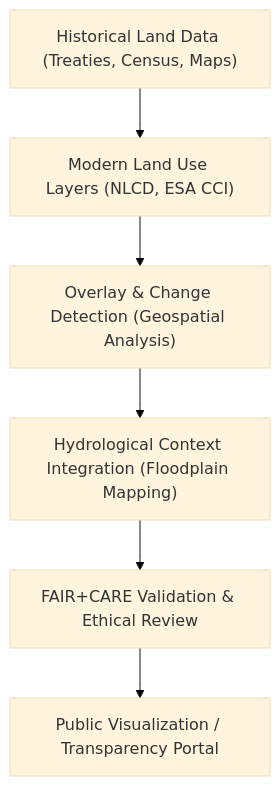
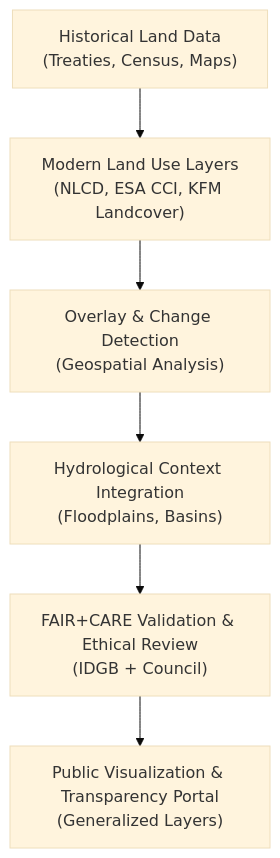
One commit to bartytime4life/Kansas-Frontier-Matrix changed the diagram in docs/analyses/cross-domain/landuse-historical-overlaps.md. Above: the diagram before and after it, drawn with Mermaid (base theme). The commit also changed other lines of this file, not shown here.

````diff
--- a/docs/analyses/cross-domain/landuse-historical-overlaps.md
+++ b/docs/analyses/cross-domain/landuse-historical-overlaps.md
@@ -153,8 +366,9 @@
-```mermaid
+~~~mermaid
 flowchart TD
-A["Historical Land Data (Treaties, Census, Maps)"] --> B["Modern Land Use Layers (NLCD, ESA CCI)"]
-B --> C["Overlay & Change Detection (Geospatial Analysis)"]
-C --> D["Hydrological Context Integration (Floodplain Mapping)"]
-D --> E["FAIR+CARE Validation & Ethical Review"]
-E --> F["Public Visualization / Transparency Portal"]
-```
+    A["Historical Land Data<br/>(Treaties, Census, Maps)"]
+      --> B["Modern Land Use Layers<br/>(NLCD, ESA CCI, KFM Landcover)"]
+    B --> C["Overlay & Change Detection<br/>(Geospatial Analysis)"]
+    C --> D["Hydrological Context Integration<br/>(Floodplains, Basins)"]
+    D --> E["FAIR+CARE Validation & Ethical Review<br/>(IDGB + Council)"]
+    E --> F["Public Visualization & Transparency Portal<br/>(Generalized Layers)"]
+~~~
````
